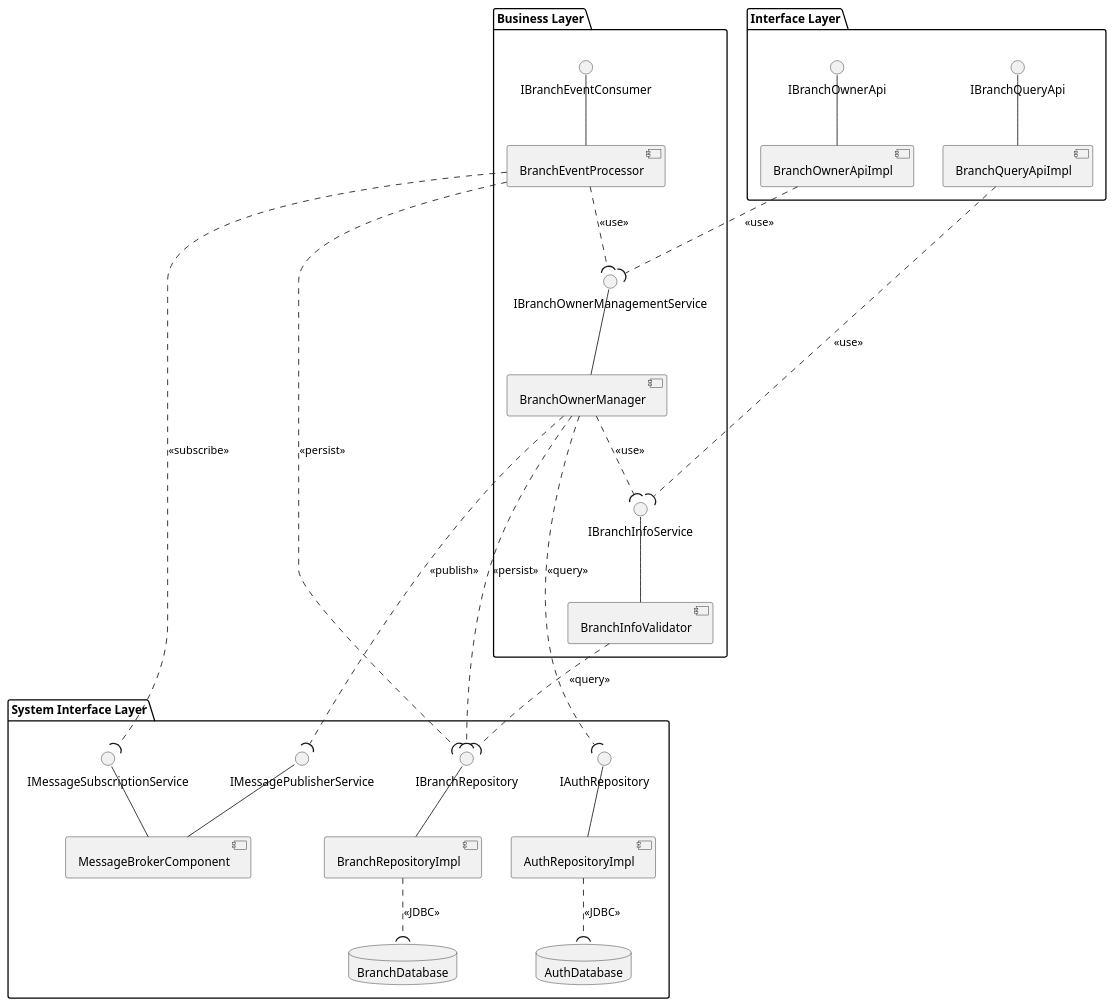
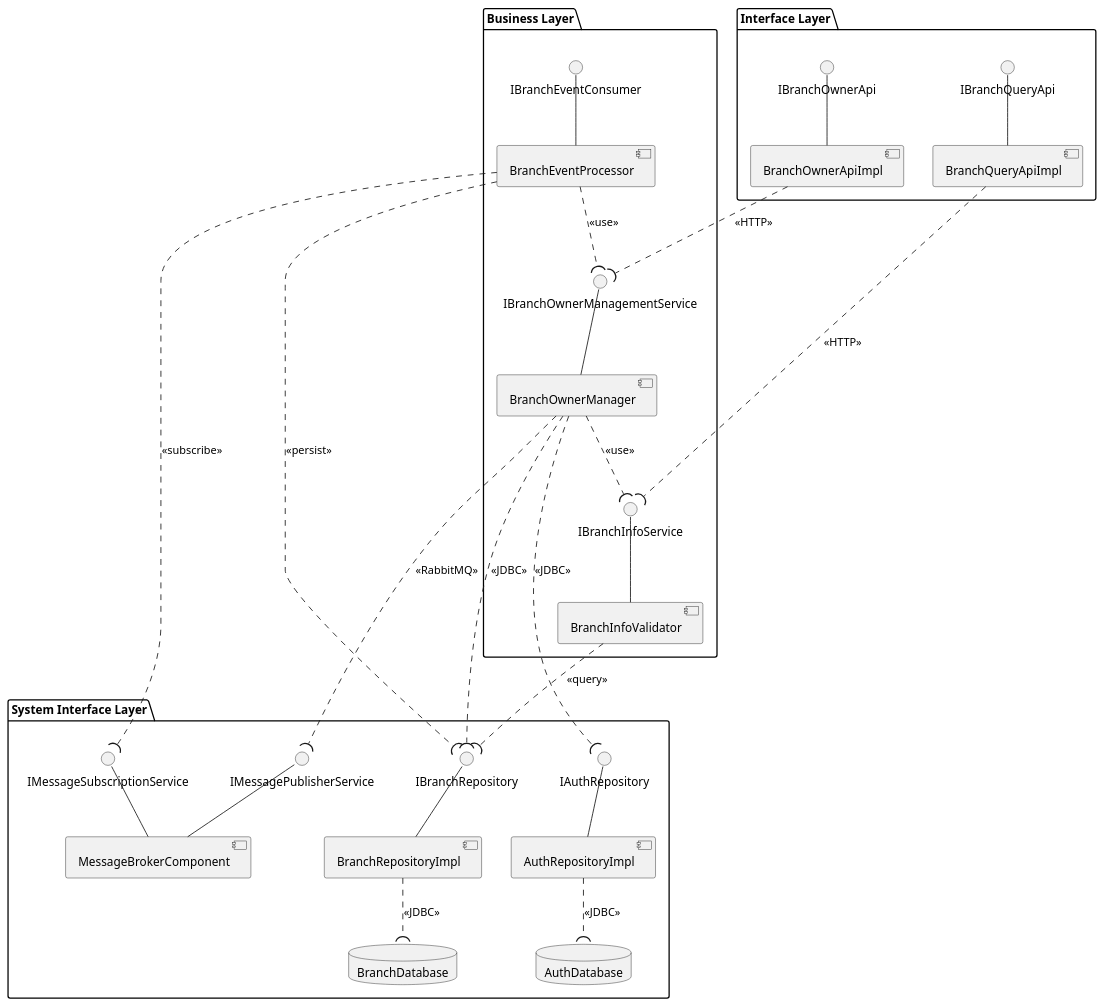
One commit to yoon2eyo/GITHUB changed the diagram in ComponentDiagram/09_BranchOwnerServiceComponent.puml. Above: the diagram before and after it, drawn with PlantUML. The commit also changed 51 other files, not shown here.

```diff
--- a/ComponentDiagram/09_BranchOwnerServiceComponent.puml
+++ b/ComponentDiagram/09_BranchOwnerServiceComponent.puml
@@ -1,70 +1,70 @@
 @startuml BranchOwnerServiceComponent
 ' BranchOwnerServiceComponent.puml (가이드 준수)
 ' UC-03: 지점주 계정 등록, UC-18: 지점 정보 등록, UC-19: 고객 리뷰 조회
 
 package "Interface Layer" {
   interface IBranchOwnerApi
   interface IBranchQueryApi
 
   component BranchOwnerApiImpl
   component BranchQueryApiImpl
   
   IBranchOwnerApi -- BranchOwnerApiImpl
   IBranchQueryApi -- BranchQueryApiImpl
 }
 
 package "Business Layer" {
   interface IBranchOwnerManagementService
   interface IBranchInfoService
   interface IBranchEventConsumer
   
   component BranchOwnerManager
   component BranchInfoValidator
   component BranchEventProcessor
   
   ' Service implementations
   IBranchOwnerManagementService -- BranchOwnerManager
   IBranchInfoService -- BranchInfoValidator
   IBranchEventConsumer -- BranchEventProcessor
   
   ' Business layer internal relationships
   BranchOwnerManager ..( IBranchInfoService : <<use>>
   BranchEventProcessor ..( IBranchOwnerManagementService : <<use>>
 }
 
 package "System Interface Layer" {
   interface IBranchRepository
   interface IAuthRepository
   interface IMessagePublisherService
   interface IMessageSubscriptionService
   
   component BranchRepositoryImpl
   component AuthRepositoryImpl
   component MessageBrokerComponent
   
   database BranchDatabase
   database AuthDatabase
   
   IBranchRepository -- BranchRepositoryImpl
   IAuthRepository -- AuthRepositoryImpl
   IMessagePublisherService -- MessageBrokerComponent
   IMessageSubscriptionService -- MessageBrokerComponent
   
   BranchRepositoryImpl ..( BranchDatabase : <<JDBC>>
   AuthRepositoryImpl ..( AuthDatabase : <<JDBC>>
 }
 
 ' 패키지 외부 연결
 ' Interface Layer -> Business Layer
-BranchOwnerApiImpl ..( IBranchOwnerManagementService : <<use>>
-BranchQueryApiImpl ..( IBranchInfoService : <<use>>
+BranchOwnerApiImpl ..( IBranchOwnerManagementService : <<HTTP>>
+BranchQueryApiImpl ..( IBranchInfoService : <<HTTP>>
 
 ' Business Layer -> System Interface Layer
-BranchOwnerManager ..( IBranchRepository : <<persist>>
-BranchOwnerManager ..( IAuthRepository : <<query>>
-BranchOwnerManager ..( IMessagePublisherService : <<publish>>
+BranchOwnerManager ..( IBranchRepository : <<JDBC>>
+BranchOwnerManager ..( IAuthRepository : <<JDBC>>
+BranchOwnerManager ..( IMessagePublisherService : <<RabbitMQ>>
 BranchInfoValidator ..( IBranchRepository : <<query>>
 BranchEventProcessor ..( IBranchRepository : <<persist>>
 BranchEventProcessor ..( IMessageSubscriptionService : <<subscribe>>
 
 @enduml
```
